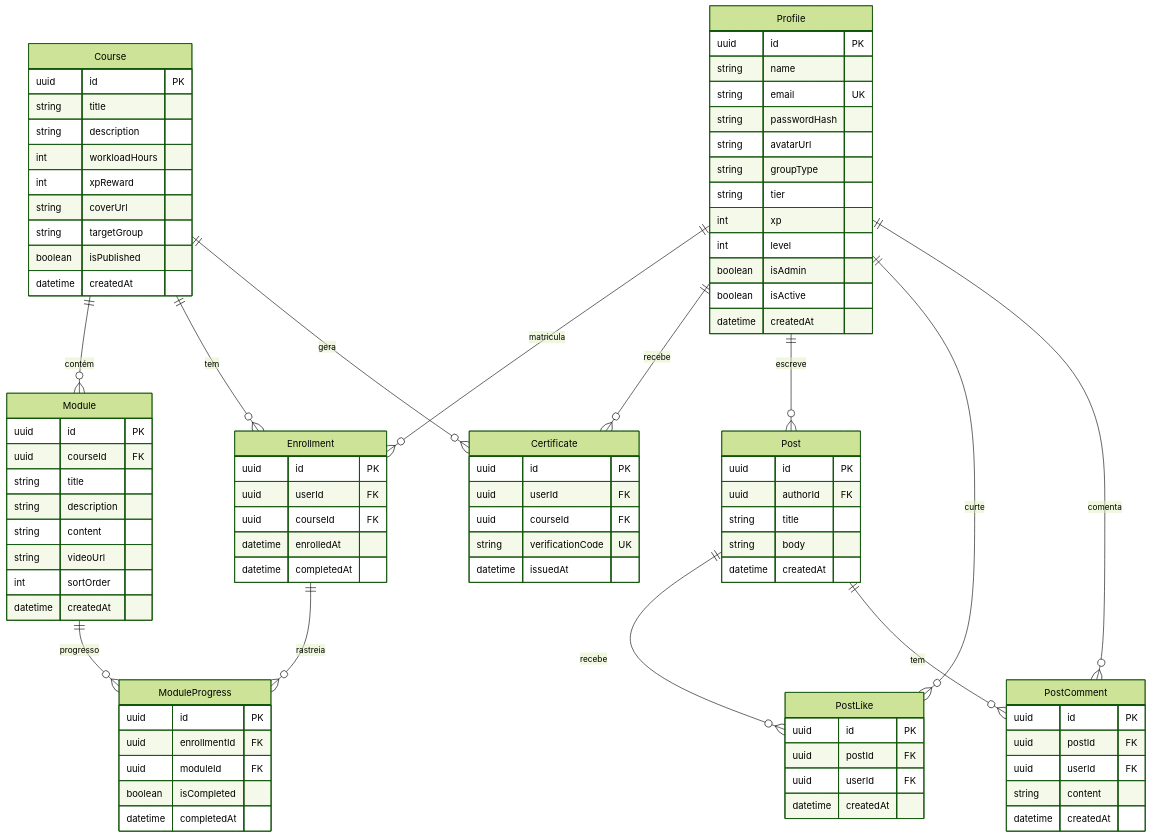
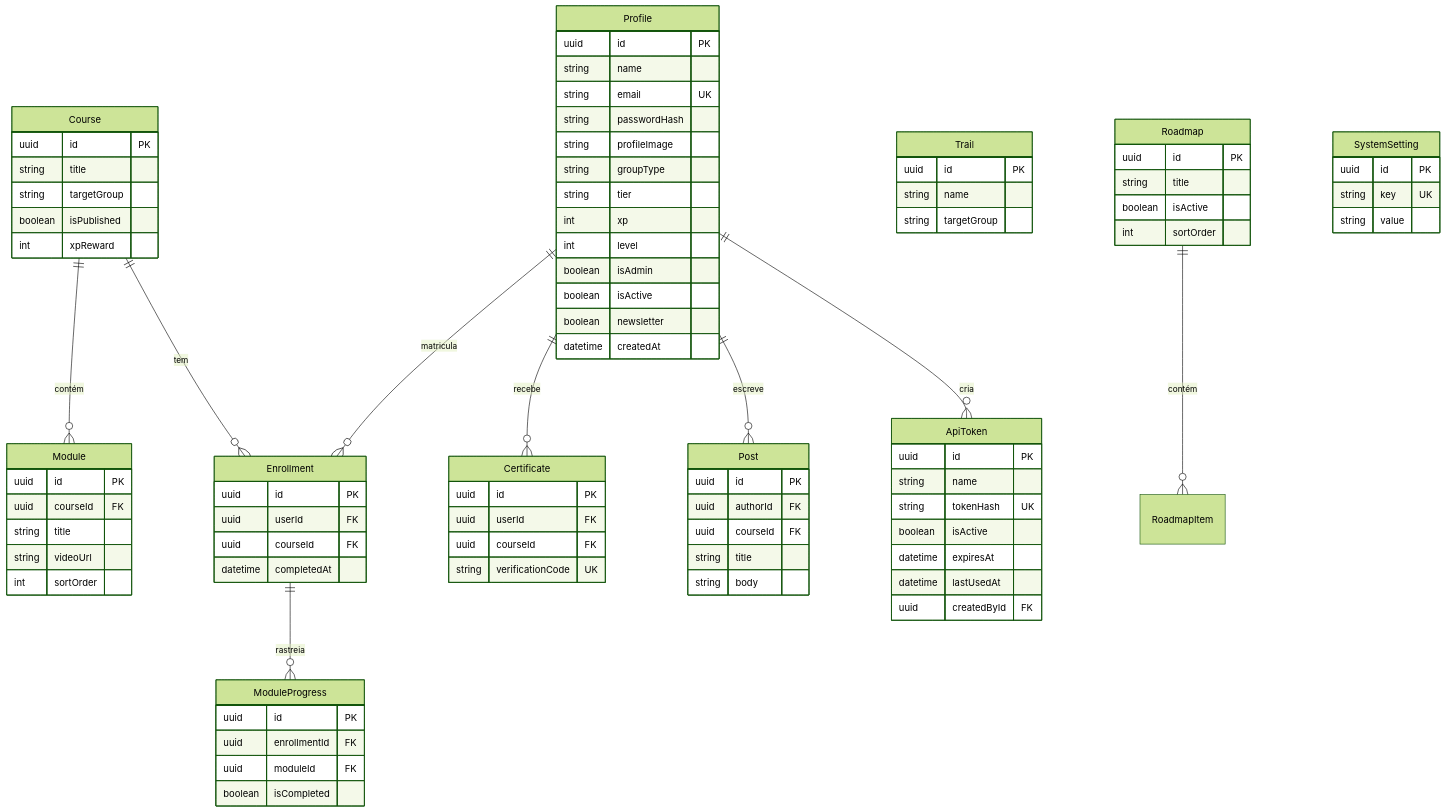
Before and after one commit to weldercriss/universidade-suri: the fourth of 5 diagrams in docs/architecture.md, drawn with Mermaid (forest theme). The commit also changed other lines of this file and 120 other files, not shown here.

````diff
--- a/docs/architecture.md
+++ b/docs/architecture.md
@@ -113,44 +192,37 @@
         string name
         string email UK
         string passwordHash
-        string avatarUrl
+        string profileImage
         string groupType
         string tier
         int xp
         int level
         boolean isAdmin
         boolean isActive
+        boolean newsletter
         datetime createdAt
     }
 
     Course {
         uuid id PK
         string title
-        string description
-        int workloadHours
-        int xpReward
-        string coverUrl
         string targetGroup
         boolean isPublished
-        datetime createdAt
+        int xpReward
     }
 
     Module {
         uuid id PK
         uuid courseId FK
         string title
-        string description
-        string content
         string videoUrl
         int sortOrder
-        datetime createdAt
     }
 
     Enrollment {
         uuid id PK
         uuid userId FK
         uuid courseId FK
-        datetime enrolledAt
         datetime completedAt
     }
 
@@ -159,7 +231,6 @@
         uuid enrollmentId FK
         uuid moduleId FK
         boolean isCompleted
-        datetime completedAt
     }
 
     Certificate {
@@ -167,42 +238,51 @@
         uuid userId FK
         uuid courseId FK
         string verificationCode UK
-        datetime issuedAt
+    }
+
+    Trail {
+        uuid id PK
+        string name
+        string targetGroup
+    }
+
+    Roadmap {
+        uuid id PK
+        string title
+        boolean isActive
+        int sortOrder
+    }
+
+    SystemSetting {
+        uuid id PK
+        string key UK
+        string value
     }
 
     Post {
         uuid id PK
         uuid authorId FK
+        uuid courseId FK
         string title
         string body
-        datetime createdAt
     }
 
-    PostLike {
+    ApiToken {
         uuid id PK
-        uuid postId FK
-        uuid userId FK
-        datetime createdAt
-    }
-
-    PostComment {
-        uuid id PK
-        uuid postId FK
-        uuid userId FK
-        string content
-        datetime createdAt
+        string name
+        string tokenHash UK
+        boolean isActive
+        datetime expiresAt
+        datetime lastUsedAt
+        uuid createdById FK
     }
 
     Profile ||--o{ Enrollment : "matricula"
     Profile ||--o{ Certificate : "recebe"
     Profile ||--o{ Post : "escreve"
-    Profile ||--o{ PostLike : "curte"
-    Profile ||--o{ PostComment : "comenta"
+    Profile ||--o{ ApiToken : "cria"
     Course ||--o{ Module : "contém"
     Course ||--o{ Enrollment : "tem"
-    Course ||--o{ Certificate : "gera"
     Enrollment ||--o{ ModuleProgress : "rastreia"
-    Module ||--o{ ModuleProgress : "progresso"
-    Post ||--o{ PostLike : "recebe"
-    Post ||--o{ PostComment : "tem"
+    Roadmap ||--o{ RoadmapItem : "contém"
 ```
````
